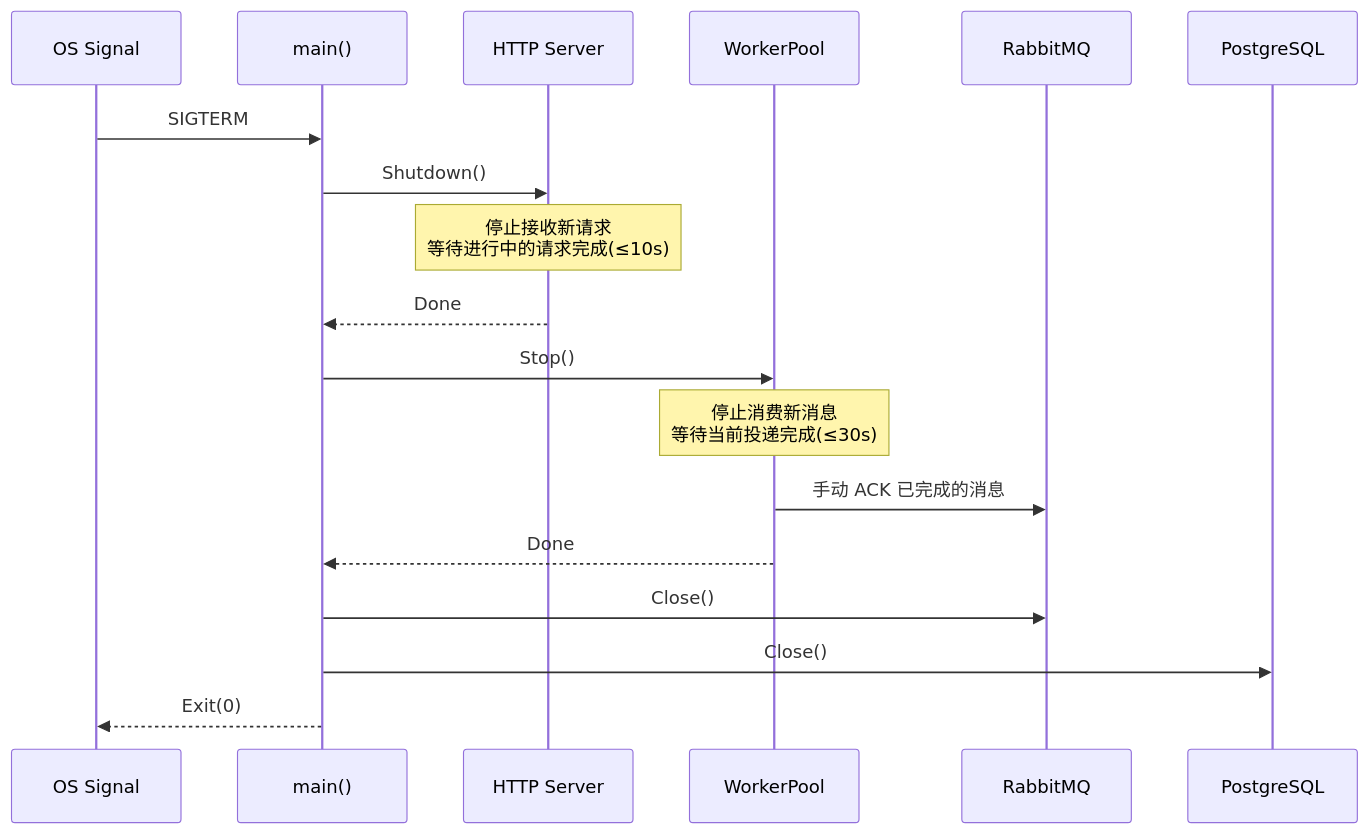
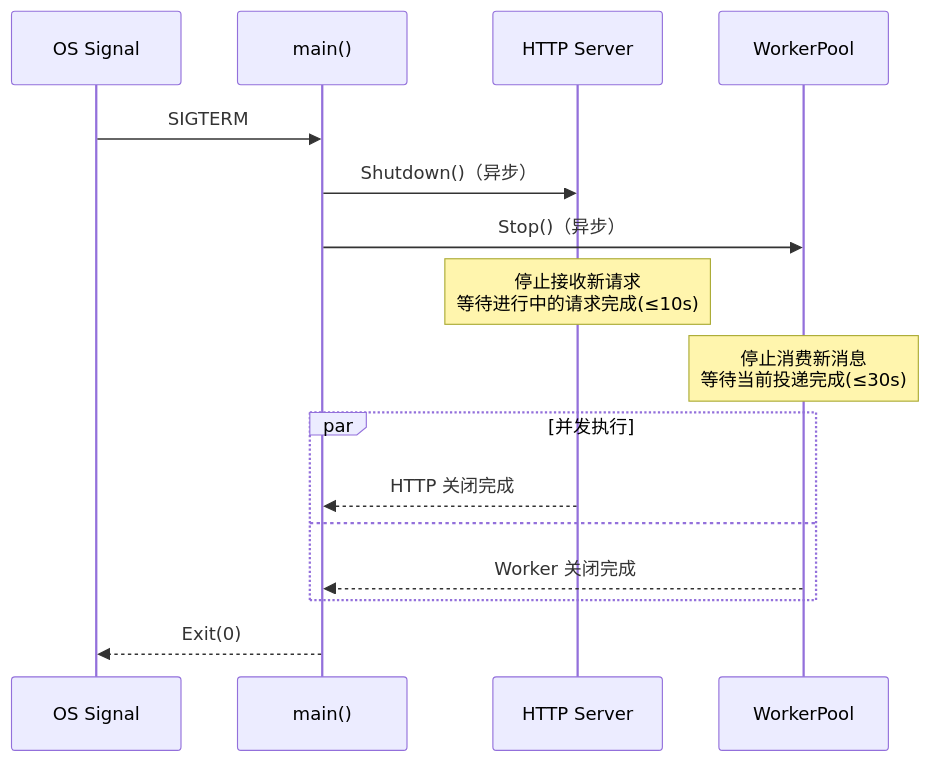
Diagram 19 of 20 in doc/requirements/202605-notification-design-dd.md (xnslong/rc_xnslong), drawn with Mermaid before and after one commit. The commit also changed other lines of this file, not shown here.

Commit message:
docs(dd): 优雅关闭改为并发模式
HTTP 和 Worker 关闭互不依赖，应同时触发再统一等待，
而非串行关闭。更新伪码和序列图。

````diff
--- a/doc/requirements/202605-notification-design-dd.md
+++ b/doc/requirements/202605-notification-design-dd.md
@@ -1882,23 +1885,19 @@
 ```mermaid
 sequenceDiagram
     participant OS as OS Signal
     participant Main as main()
     participant HTTP as HTTP Server
     participant WP as WorkerPool
-    participant MQ as RabbitMQ
-    participant DB as PostgreSQL
 
     OS->>Main: SIGTERM
-    Main->>HTTP: Shutdown()
+    Main->>HTTP: Shutdown()（异步）
+    Main->>WP: Stop()（异步）
     Note over HTTP: 停止接收新请求<br/>等待进行中的请求完成(≤10s)
-    HTTP-->>Main: Done
-
-    Main->>WP: Stop()
     Note over WP: 停止消费新消息<br/>等待当前投递完成(≤30s)
-    WP->>MQ: 手动 ACK 已完成的消息
-    WP-->>Main: Done
-
-    Main->>MQ: Close()
-    Main->>DB: Close()
+    par 并发执行
+        HTTP-->>Main: HTTP 关闭完成
+    and
+        WP-->>Main: Worker 关闭完成
+    end
     Main-->>OS: Exit(0)
 ```
````
